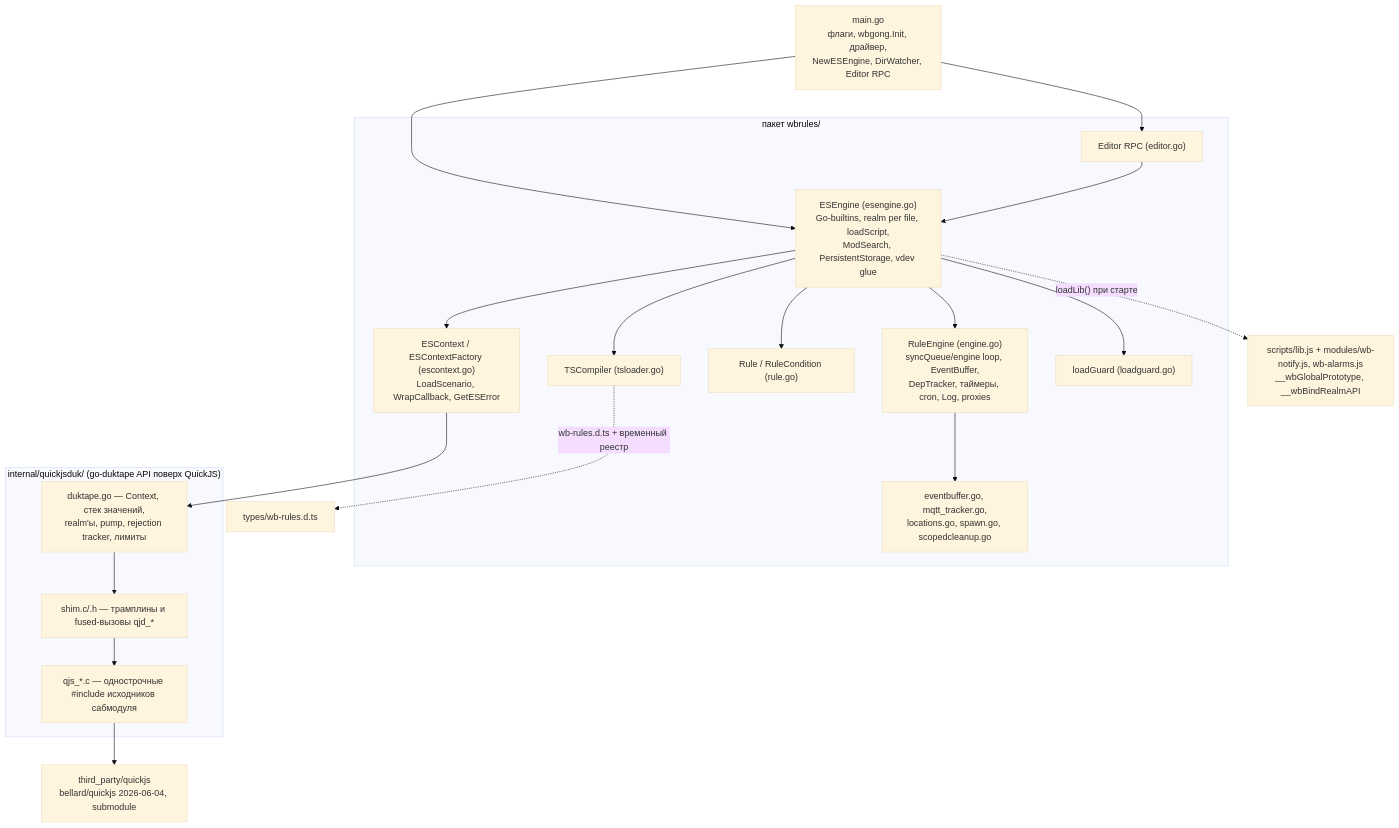
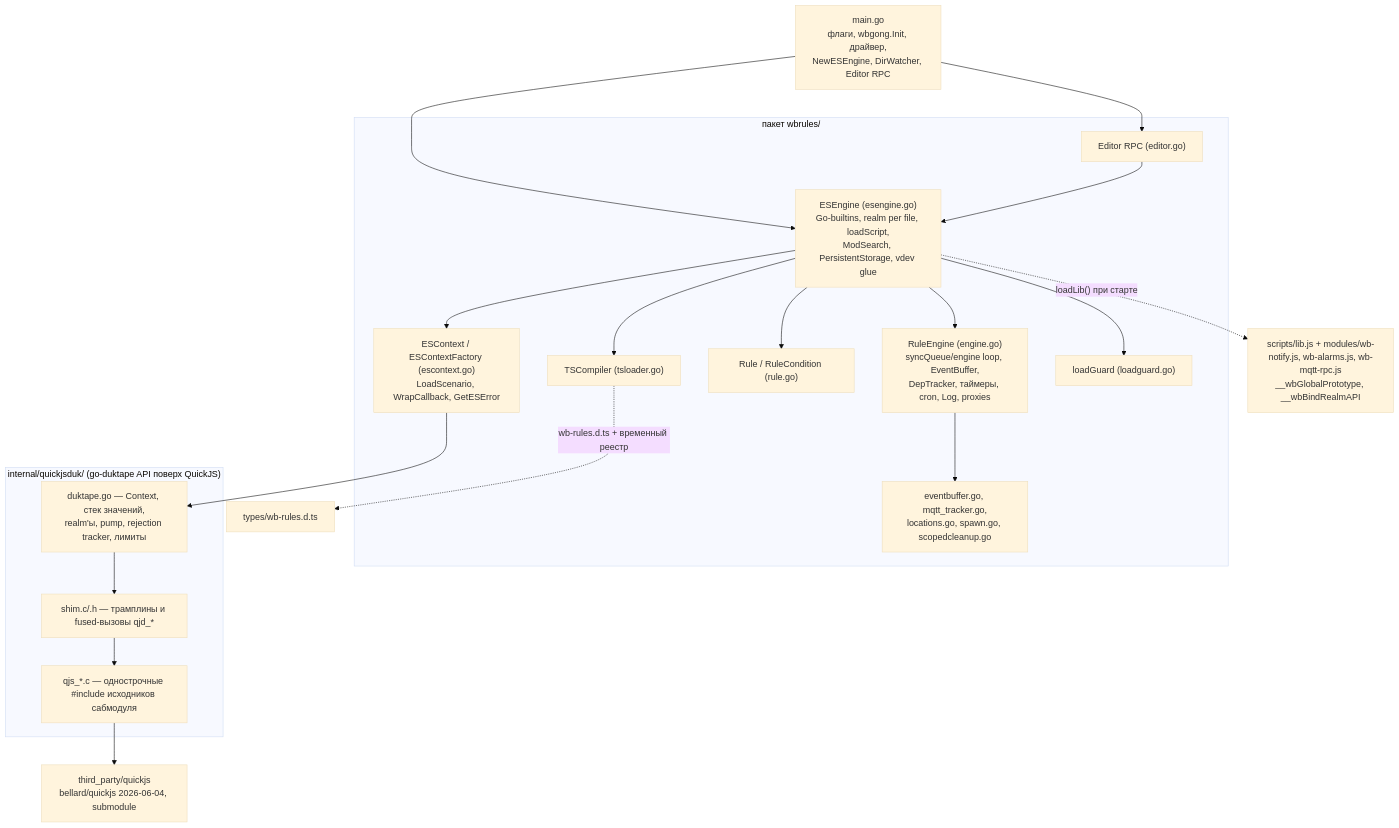
The second of 4 diagrams in docs/arc42/05-building-blocks.md (wirenboard/wb-rules), drawn with Mermaid (base theme) before and after one commit. The commit also changed other lines of this file and 13 other files, not shown here.

First line of the commit message:
MQTT-RPC from rules: the wb-mqtt-rpc module (MqttRpc global)

````diff
--- a/docs/arc42/05-building-blocks.md
+++ b/docs/arc42/05-building-blocks.md
@@ -43,35 +43,35 @@
 ```mermaid
 graph TD
     MAIN["main.go<br/>флаги, wbgong.Init, драйвер,<br/>NewESEngine, DirWatcher, Editor RPC"]
     subgraph wbrules["пакет wbrules/"]
         RE["RuleEngine (engine.go)<br/>syncQueue/engine loop, EventBuffer,<br/>DepTracker, таймеры, cron, Log, proxies"]
         ESE["ESEngine (esengine.go)<br/>Go-builtins, realm per file, loadScript,<br/>ModSearch, PersistentStorage, vdev glue"]
         ESC["ESContext / ESContextFactory (escontext.go)<br/>LoadScenario, WrapCallback, GetESError"]
         RULE["Rule / RuleCondition (rule.go)"]
         ED["Editor RPC (editor.go)"]
         TSL["TSCompiler (tsloader.go)"]
         LG["loadGuard (loadguard.go)"]
         MISC["eventbuffer.go, mqtt_tracker.go,<br/>locations.go, spawn.go, scopedcleanup.go"]
     end
     subgraph shim["internal/quickjsduk/ (go-duktape API поверх QuickJS)"]
         DUK["duktape.go — Context, стек значений,<br/>realm'ы, pump, rejection tracker, лимиты"]
         SHIM["shim.c/.h — трамплины и fused-вызовы qjd_*"]
         QJSW["qjs_*.c — однострочные #35;include исходников сабмодуля"]
     end
     QJS["third_party/quickjs<br/>bellard/quickjs 2026-06-04, submodule"]
-    LIBJS["scripts/lib.js + modules/wb-notify.js, wb-alarms.js<br/>__wbGlobalPrototype, __wbBindRealmAPI"]
+    LIBJS["scripts/lib.js + modules/wb-notify.js, wb-alarms.js, wb-mqtt-rpc.js<br/>__wbGlobalPrototype, __wbBindRealmAPI"]
     DTS["types/wb-rules.d.ts"]
     MAIN --> ESE
     MAIN --> ED
     ESE --> RE
     ESE --> ESC
     ESE --> RULE
     ESE --> TSL
     ESE --> LG
     RE --> MISC
     ESC --> DUK
     DUK --> SHIM --> QJSW --> QJS
     ESE -. "loadLib() при старте" .-> LIBJS
     TSL -. "wb-rules.d.ts + временный реестр" .-> DTS
     ED --> ESE
 ```
````
